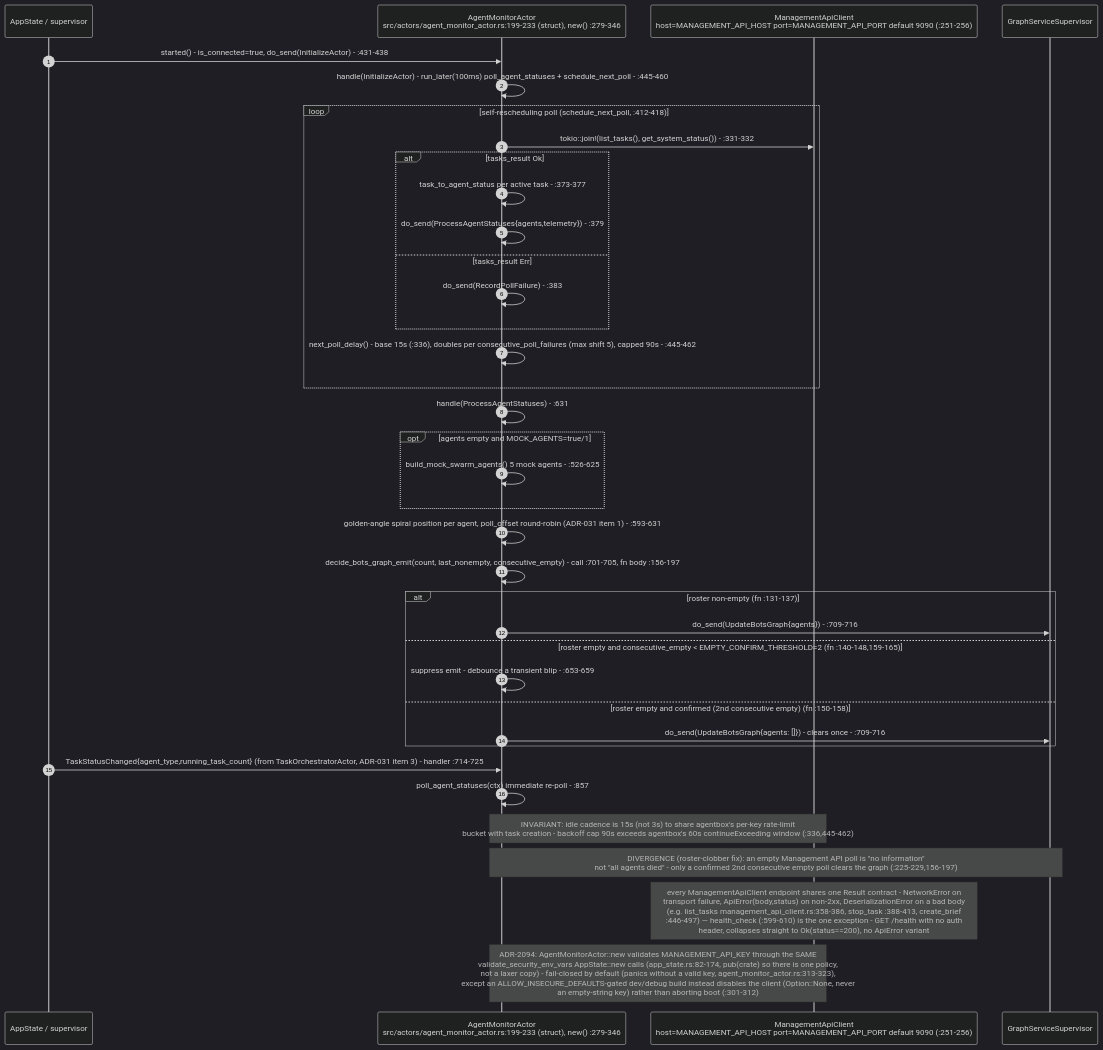
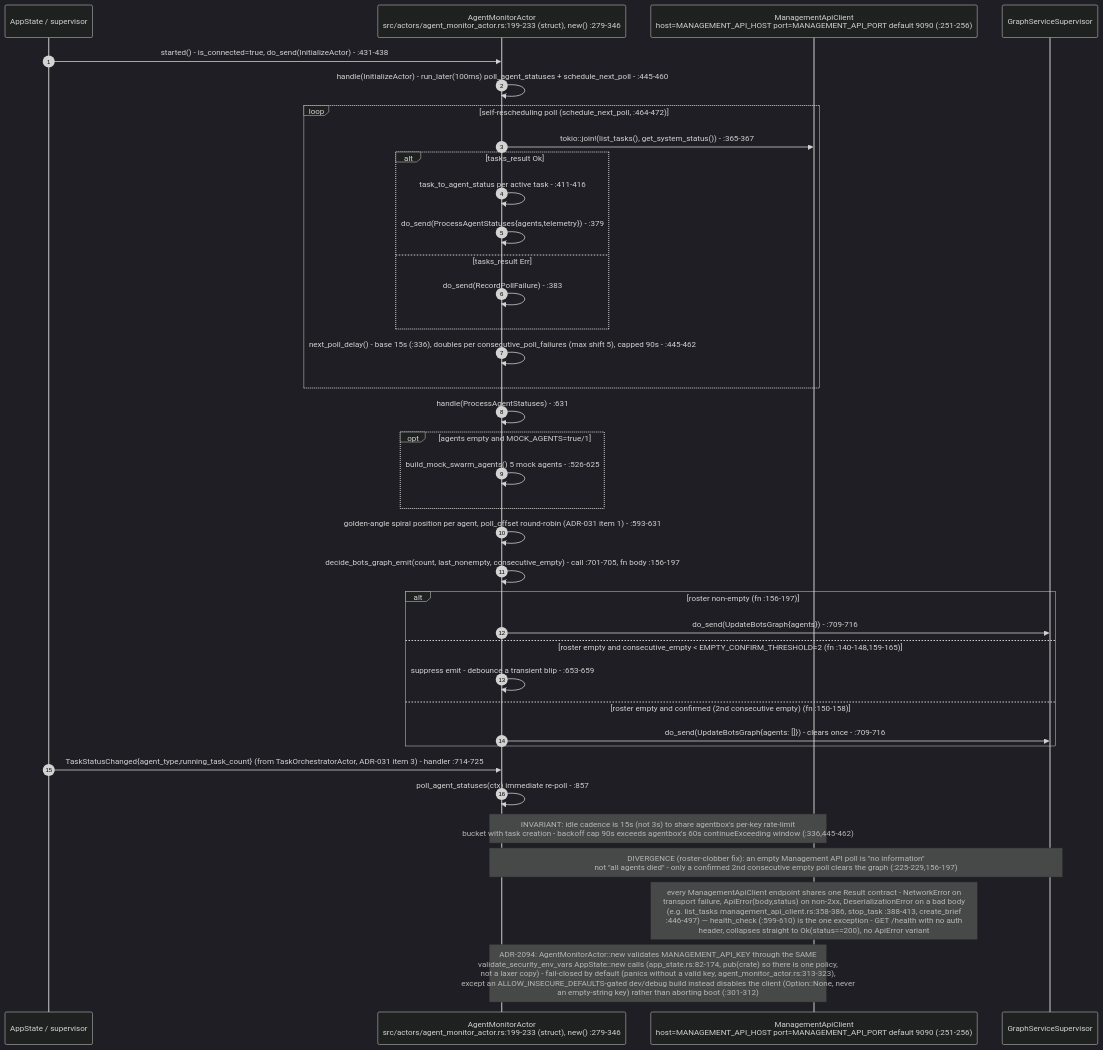
One commit to DreamLab-AI/VisionFlow changed the seventh of 11 diagrams in docs/diagrams/visionclaw/27-agent-integration-mcp-relay.md. Above: the diagram before and after it, drawn with Mermaid (dark theme). The commit also changed 39 other files, not shown here.

````diff
--- a/docs/diagrams/visionclaw/27-agent-integration-mcp-relay.md
+++ b/docs/diagrams/visionclaw/27-agent-integration-mcp-relay.md
@@ -331,40 +331,40 @@
 ```mermaid
 sequenceDiagram
     autonumber
     participant Sup as AppState / supervisor
     participant AM as AgentMonitorActor<br/>src/actors/agent_monitor_actor.rs:199-233 (struct), new() :279-346
     participant MAC as ManagementApiClient<br/>host=MANAGEMENT_API_HOST port=MANAGEMENT_API_PORT default 9090 (:251-256)
     participant GSS as GraphServiceSupervisor
 
     Sup->>AM: started() - is_connected=true, do_send(InitializeActor) - :431-438
     AM->>AM: handle(InitializeActor) - run_later(100ms) poll_agent_statuses + schedule_next_poll - :445-460
-    loop self-rescheduling poll (schedule_next_poll, :412-418)
-        AM->>MAC: tokio::join!(list_tasks(), get_system_status()) - :331-332
+    loop self-rescheduling poll (schedule_next_poll, :464-472)
+        AM->>MAC: tokio::join!(list_tasks(), get_system_status()) - :365-367
         alt tasks_result Ok
-            AM->>AM: task_to_agent_status per active task - :373-377
+            AM->>AM: task_to_agent_status per active task - :411-416
             AM->>AM: do_send(ProcessAgentStatuses{agents,telemetry}) - :379
         else tasks_result Err
             AM->>AM: do_send(RecordPollFailure) - :383
         end
         AM->>AM: next_poll_delay() - base 15s (:336), doubles per consecutive_poll_failures (max shift 5), capped 90s - :445-462
     end
     AM->>AM: handle(ProcessAgentStatuses) - :631
     opt agents empty and MOCK_AGENTS=true/1
         AM->>AM: build_mock_swarm_agents() 5 mock agents - :526-625
     end
     AM->>AM: golden-angle spiral position per agent, poll_offset round-robin (ADR-031 item 1) - :593-631
     AM->>AM: decide_bots_graph_emit(count, last_nonempty, consecutive_empty) - call :701-705, fn body :156-197
-    alt roster non-empty (fn :131-137)
+    alt roster non-empty (fn :156-197)
         AM->>GSS: do_send(UpdateBotsGraph{agents}) - :709-716
     else roster empty and consecutive_empty < EMPTY_CONFIRM_THRESHOLD=2 (fn :140-148,159-165)
         AM->>AM: suppress emit - debounce a transient blip - :653-659
     else roster empty and confirmed (2nd consecutive empty) (fn :150-158)
         AM->>GSS: do_send(UpdateBotsGraph{agents: []}) - clears once - :709-716
     end
     Sup->>AM: TaskStatusChanged{agent_type,running_task_count} (from TaskOrchestratorActor, ADR-031 item 3) - handler :714-725
     AM->>AM: poll_agent_statuses(ctx) immediate re-poll - :857
     Note over AM,MAC: INVARIANT: idle cadence is 15s (not 3s) to share agentbox's per-key rate-limit<br/>bucket with task creation - backoff cap 90s exceeds agentbox's 60s continueExceeding window (:336,445-462)
     Note over AM,GSS: DIVERGENCE (roster-clobber fix): an empty Management API poll is "no information"<br/>not "all agents died" - only a confirmed 2nd consecutive empty poll clears the graph (:225-229,156-197)
     Note over MAC: every ManagementApiClient endpoint shares one Result contract - NetworkError on<br/>transport failure, ApiError(body,status) on non-2xx, DeserializationError on a bad body<br/>(e.g. list_tasks management_api_client.rs:358-386, stop_task :388-413, create_brief<br/>:446-497) — health_check (:599-610) is the one exception - GET /health with no auth<br/>header, collapses straight to Ok(status==200), no ApiError variant
     Note over AM,MAC: ADR-2094: AgentMonitorActor::new validates MANAGEMENT_API_KEY through the SAME<br/>validate_security_env_vars AppState::new calls (app_state.rs:82-174, pub(crate) so there is one policy,<br/>not a laxer copy) - fail-closed by default (panics without a valid key, agent_monitor_actor.rs:313-323),<br/>except an ALLOW_INSECURE_DEFAULTS-gated dev/debug build instead disables the client (Option::None, never<br/>an empty-string key) rather than aborting boot (:301-312)
 ```
````
